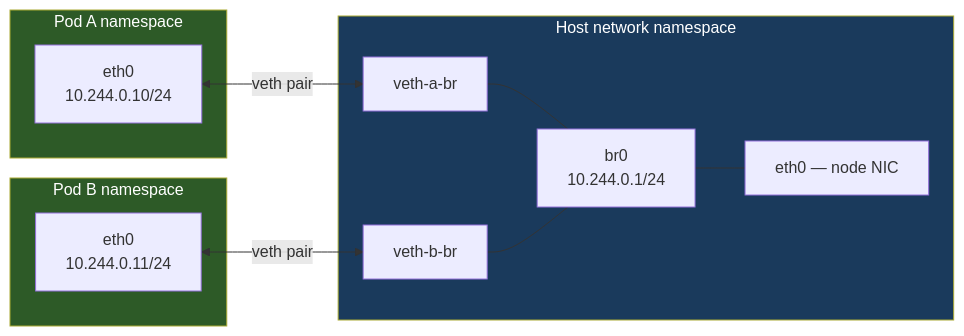
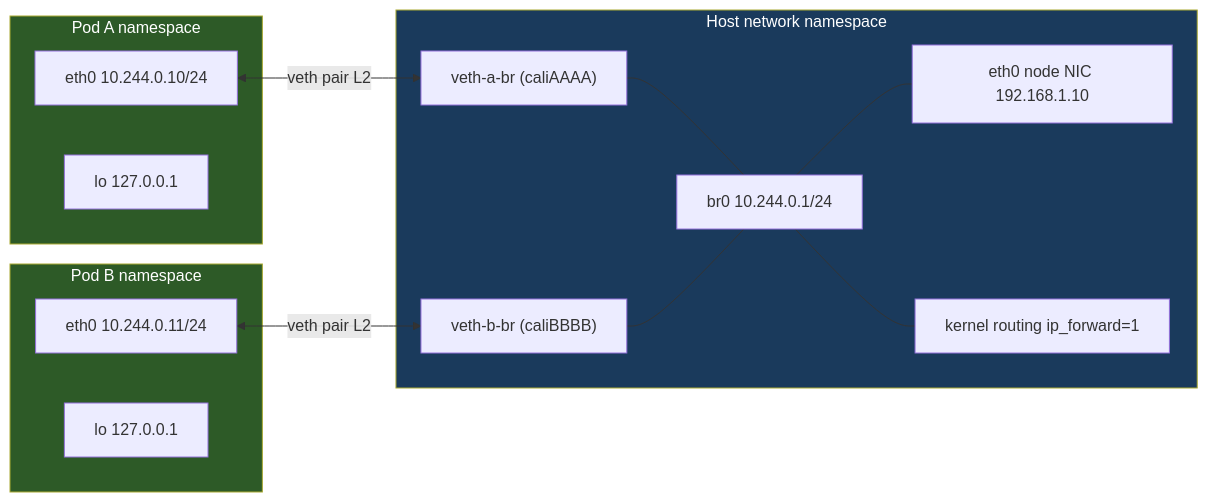
One commit to MykolaLebid/Kubernetes_networking_engineering changed the second of 3 diagrams in lessons/01-linux-networking-fundamentals.md. Above: the diagram before and after it, drawn with Mermaid. The commit also changed other lines of this file and 35 other files, not shown here.

First line of the commit message:
Restructure all 34 lessons: Theory/Practice split, richer diagrams, industry examples, navigation

````diff
--- a/lessons/01-linux-networking-fundamentals.md
+++ b/lessons/01-linux-networking-fundamentals.md
@@ -116,25 +108,29 @@
 ```mermaid
 flowchart LR
     subgraph poda [Pod A namespace]
-        PA[eth0\n10.244.0.10/24]
+        PA["eth0 10.244.0.10/24"]
+        LOBA["lo 127.0.0.1"]
     end
     subgraph podb [Pod B namespace]
-        PB[eth0\n10.244.0.11/24]
+        PB["eth0 10.244.0.11/24"]
+        LOBB["lo 127.0.0.1"]
     end
     subgraph host [Host network namespace]
-        VA[veth-a-br]
-        VB[veth-b-br]
-        BR[br0\n10.244.0.1/24]
-        ETH[eth0 — node NIC]
+        VA["veth-a-br (caliAAAA)"]
+        VB["veth-b-br (caliBBBB)"]
+        BR["br0 10.244.0.1/24"]
+        ETH["eth0 node NIC 192.168.1.10"]
+        RT["kernel routing ip_forward=1"]
     end
 
-    PA <-->|veth pair| VA
-    PB <-->|veth pair| VB
+    PA <-->|"veth pair L2"| VA
+    PB <-->|"veth pair L2"| VB
     VA --- BR
     VB --- BR
     BR --- ETH
+    BR --- RT
 
     style poda fill:#2d5a27,color:#fff
     style podb fill:#2d5a27,color:#fff
     style host fill:#1a3a5c,color:#fff
 ```
````
